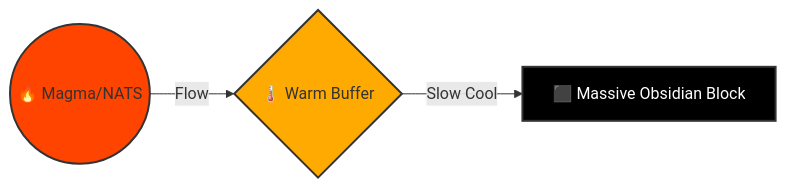
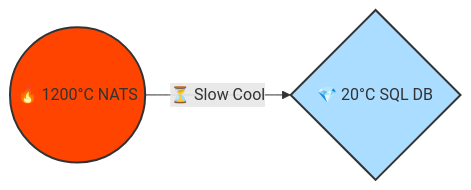
Before and after one commit to TTaoGaming/hfo_2025_11: the second of 4 diagrams in brain/design_obsidian_thermodynamics.md, drawn with Mermaid. The commit also changed other lines of this file, not shown here.

Commit message:
feat(brain): refine obsidian thermodynamics with cooling curve

````diff
--- a/brain/design_obsidian_thermodynamics.md
+++ b/brain/design_obsidian_thermodynamics.md
@@ -46,8 +51,6 @@
 ```mermaid
 graph LR
-    A((🔥 Magma/NATS)) -->|Flow| B{🌡️ Warm Buffer}
-    B -->|Slow Cool| C[⬛ Massive Obsidian Block]
+    A((🔥 1200°C NATS)) -->|⏳ Slow Cool| B{💎 20°C SQL DB}
     style A fill:#ff4400,stroke:#333,stroke-width:2px
-    style B fill:#ffaa00,stroke:#333,stroke-width:2px
-    style C fill:#000000,stroke:#333,stroke-width:2px,color:#fff
+    style B fill:#aaddff,stroke:#333,stroke-width:2px
 ```
````
